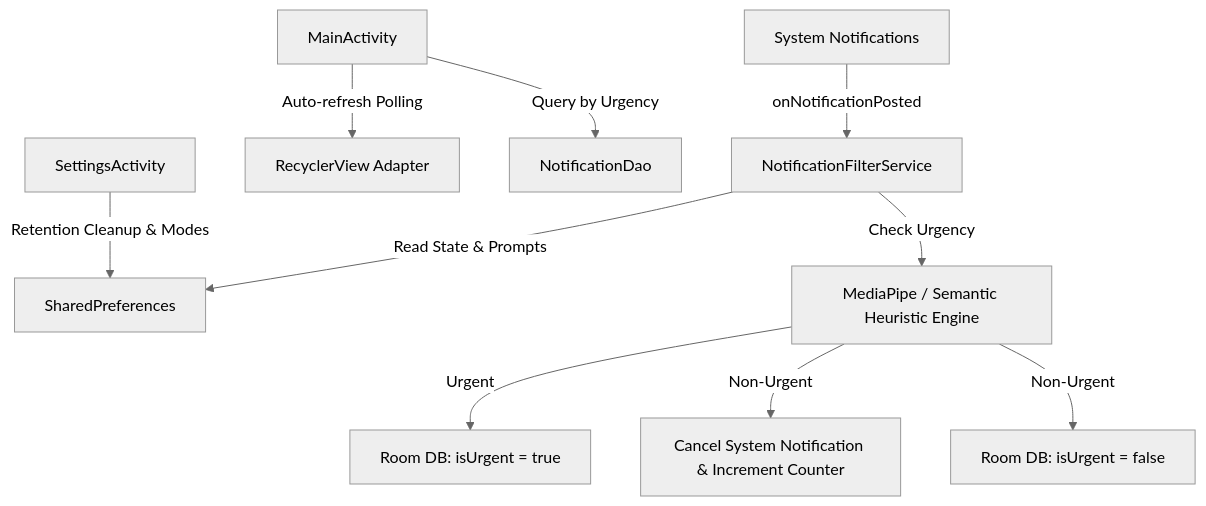
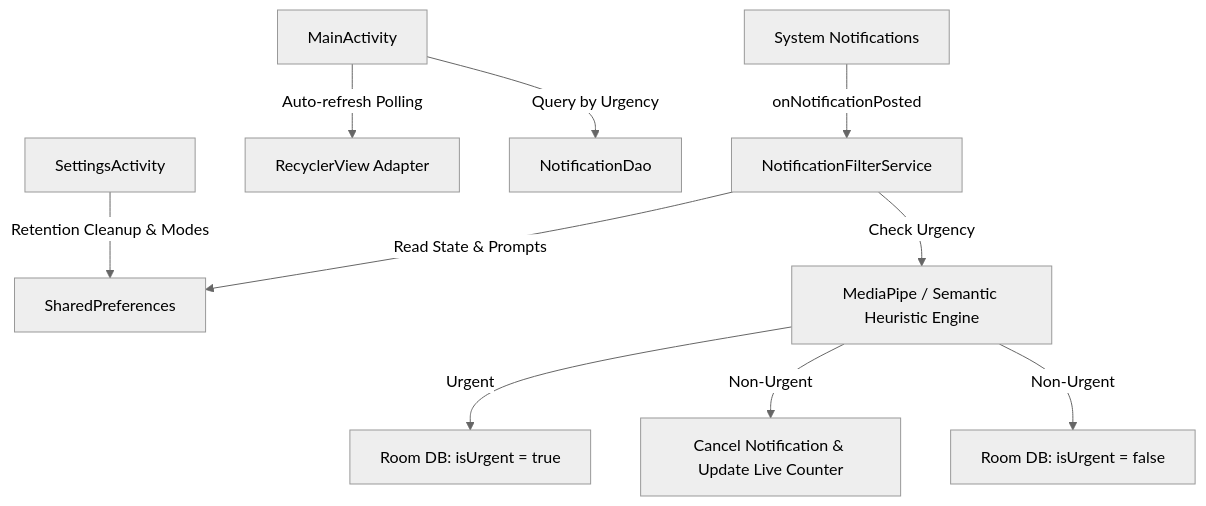
One commit to gnanaswaroop/FocusRefine changed the diagram in docs/internals.md. Above: the diagram before and after it, drawn with Mermaid (neutral theme). The commit also changed other lines of this file and 1 other file, not shown here.

````diff
--- a/docs/internals.md
+++ b/docs/internals.md
@@ -9,12 +9,12 @@
 ```mermaid
 graph TD
     A[System Notifications] -->|onNotificationPosted| B[NotificationFilterService]
     B -->|Read State & Prompts| C[SharedPreferences]
     B -->|Check Urgency| D[MediaPipe / Semantic Heuristic Engine]
     D -->|Urgent| E[Room DB: isUrgent = true]
-    D -->|Non-Urgent| F[Cancel System Notification & Increment Counter]
+    D -->|Non-Urgent| F[Cancel Notification & Update Live Counter]
     D -->|Non-Urgent| G[Room DB: isUrgent = false]
     H[MainActivity] -->|Auto-refresh Polling| I[RecyclerView Adapter]
     H -->|Query by Urgency| J[NotificationDao]
     K[SettingsActivity] -->|Retention Cleanup & Modes| C
 ```
````
